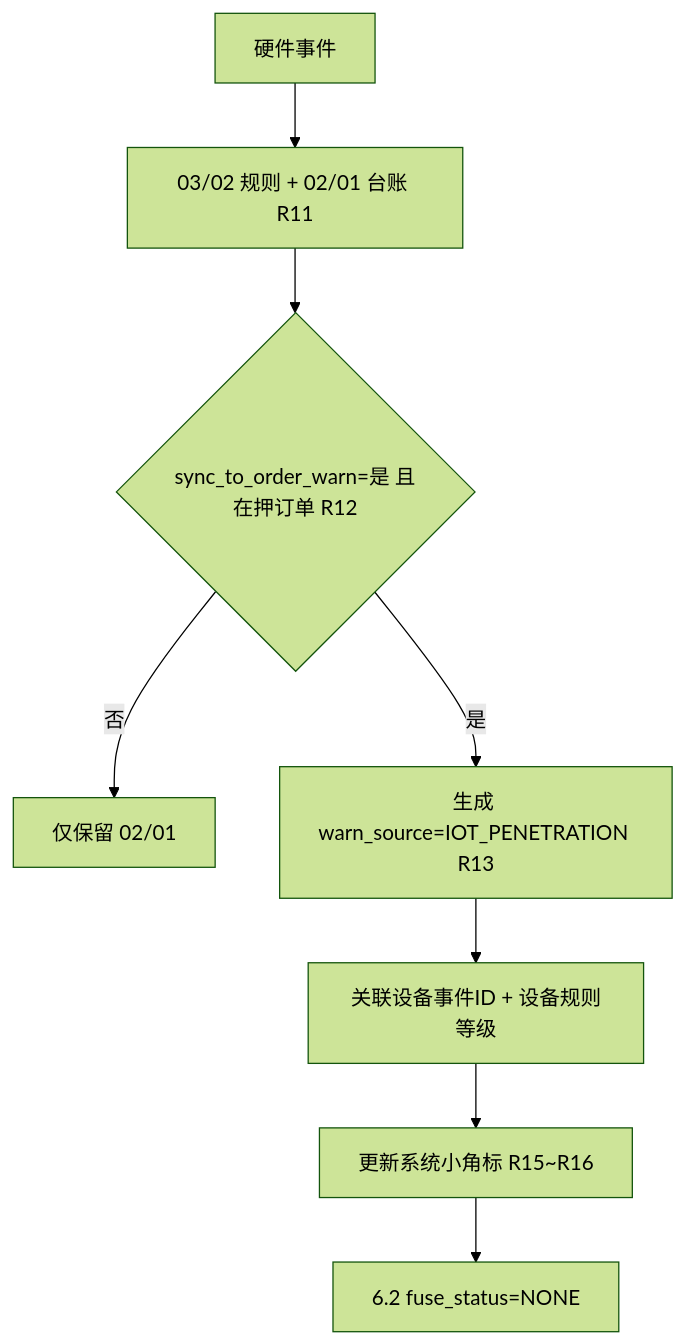
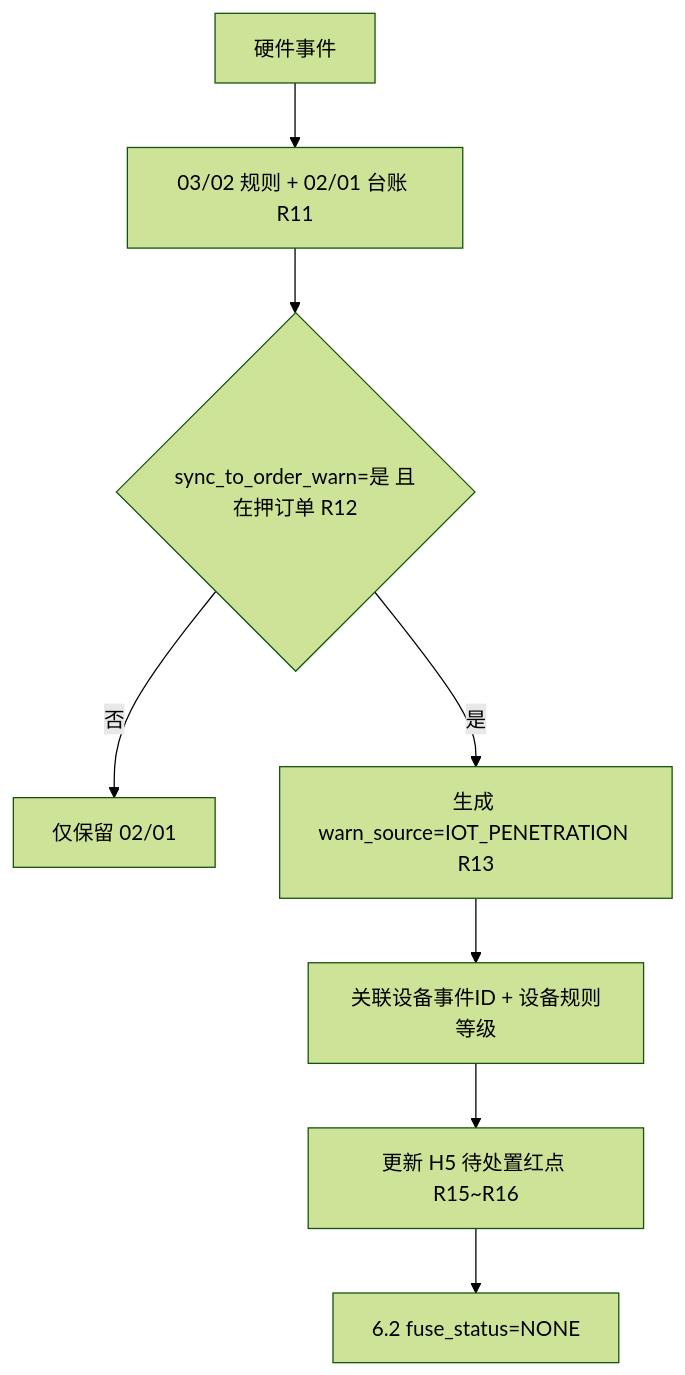
One commit to RobertHuang999/SYZC changed the fourth of 7 diagrams in 02-PRD文档/B-迭代需求/6.2版本（2026.08）/02-预警信息/02押品预警信息/押品预警信息业务规则规格.md. Above: the diagram before and after it, drawn with Mermaid (forest theme). The commit also changed other lines of this file and 24 other files, not shown here.

````diff
--- a/02-PRD文档/B-迭代需求/6.2版本（2026.08）/02-预警信息/02押品预警信息/押品预警信息业务规则规格.md
+++ b/02-PRD文档/B-迭代需求/6.2版本（2026.08）/02-预警信息/02押品预警信息/押品预警信息业务规则规格.md
@@ -367,10 +367,10 @@
 ```mermaid
 flowchart TD
     A[硬件事件] --> B[03/02 规则 + 02/01 台账 R11]
     B --> C{sync_to_order_warn=是 且在押订单 R12}
     C -- 否 --> C1[仅保留 02/01]
     C -- 是 --> D[生成 warn_source=IOT_PENETRATION R13]
     D --> E[关联设备事件ID + 设备规则等级]
-    E --> F[更新系统小角标 R15~R16]
+    E --> F[更新 H5 待处置红点 R15~R16]
     F --> G[6.2 fuse_status=NONE]
 ```
````
